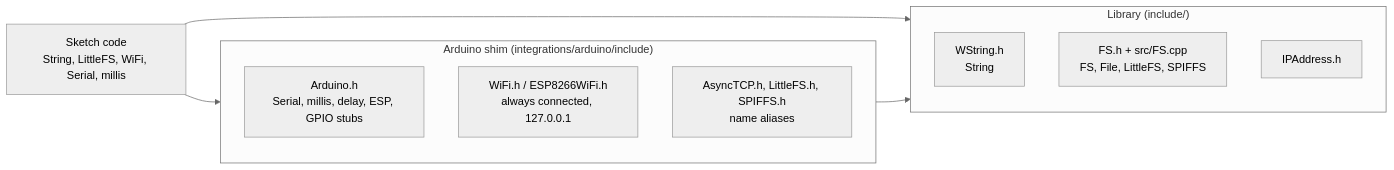
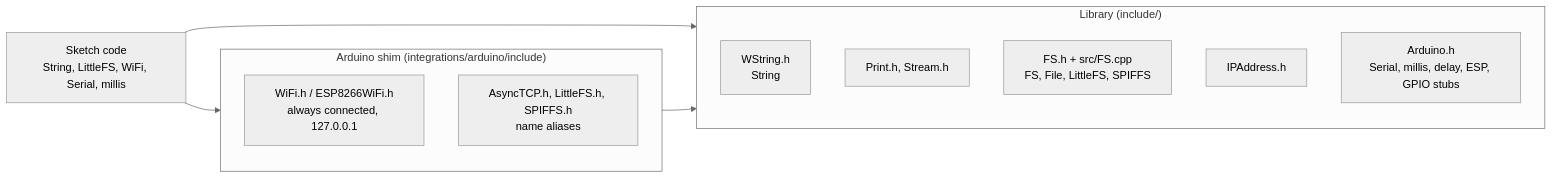
The diagram in wiki/Arduino-Compat.md (JasonBolbach/ESPAsyncEmu), drawn with Mermaid (neutral theme) before and after one commit. The commit also changed other lines of this file and 41 other files, not shown here.

````diff
--- a/wiki/Arduino-Compat.md
+++ b/wiki/Arduino-Compat.md
@@ -5,17 +5,18 @@
 ```mermaid
 flowchart LR
     sketch["Sketch code<br/>String, LittleFS, WiFi, Serial, millis"]
     subgraph core["Library (include/)"]
         str["WString.h<br/>String"]
+        prn["Print.h, Stream.h"]
         fsh["FS.h + src/FS.cpp<br/>FS, File, LittleFS, SPIFFS"]
         ip["IPAddress.h"]
+        ard["Arduino.h<br/>Serial, millis, delay, ESP, GPIO stubs"]
     end
     subgraph shim["Arduino shim (integrations/arduino/include)"]
-        ard["Arduino.h<br/>Serial, millis, delay, ESP, GPIO stubs"]
         wifi["WiFi.h / ESP8266WiFi.h<br/>always connected, 127.0.0.1"]
         alias["AsyncTCP.h, LittleFS.h, SPIFFS.h<br/>name aliases"]
     end
     sketch --> shim
     sketch --> core
     shim --> core
 ```
````
